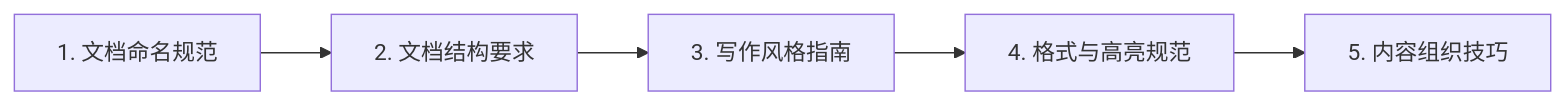
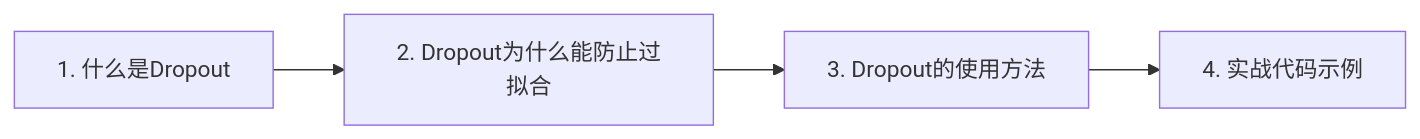
The diagram in .trae/rules/01-文档编写示例.md (Zheng-Enci/Knoweledges), drawn with Mermaid before and after one commit. The commit also changed other lines of this file, not shown here.

````diff
--- a/.trae/rules/01-文档编写示例.md
+++ b/.trae/rules/01-文档编写示例.md
@@ -7,4 +7,4 @@
 ```mermaid
 flowchart LR
-    A["1. 文档命名规范"] --> B["2. 文档结构要求"] --> C["3. 写作风格指南"] --> D["4. 格式与高亮规范"] --> E["5. 内容组织技巧"]
+    A["1. 什么是Dropout"] --> B["2. Dropout为什么能防止过拟合"] --> C["3. Dropout的使用方法"] --> D["4. 实战代码示例"]
 ```
````
